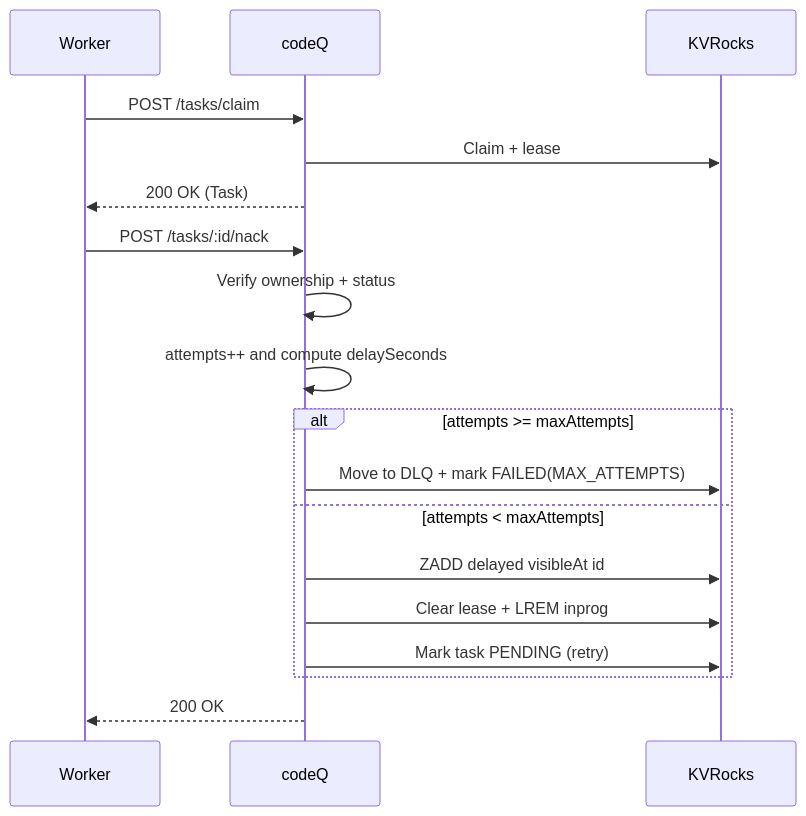
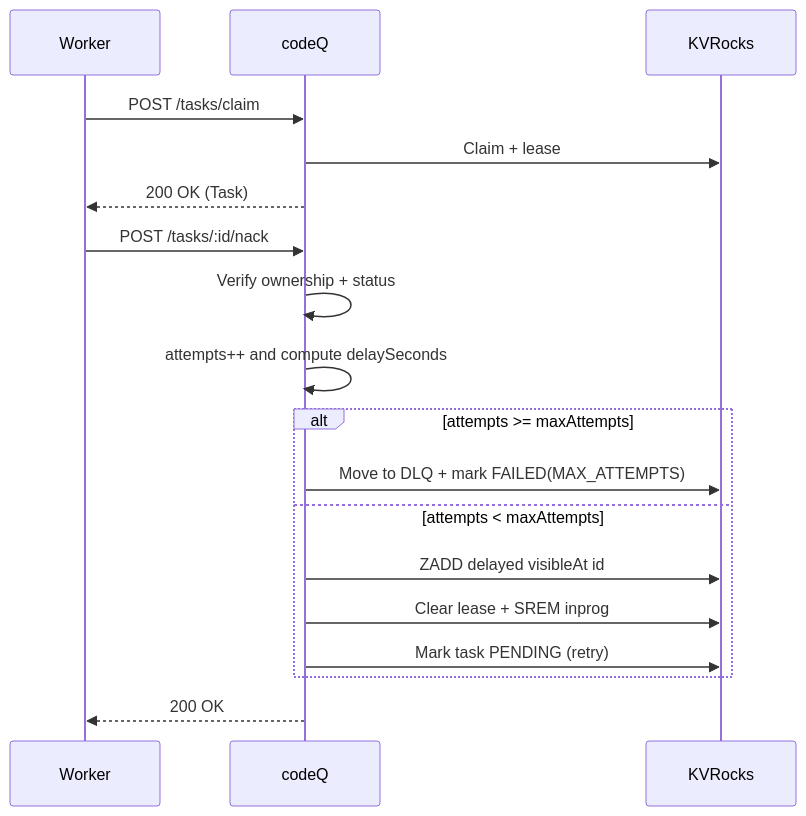
Before and after one commit to osvaldoandrade/codeq: the diagram in wiki/Use-Cases-NACK-Retry-Backoff.md, drawn with Mermaid. The commit also changed 23 other files, not shown here.

````diff
--- a/wiki/Use-Cases-NACK-Retry-Backoff.md
+++ b/wiki/Use-Cases-NACK-Retry-Backoff.md
@@ -22,22 +22,22 @@
 ```mermaid
 sequenceDiagram
   participant W as Worker
   participant Q as codeQ
   participant K as KVRocks
 
   W->>Q: POST /tasks/claim
   Q->>K: Claim + lease
   Q-->>W: 200 OK (Task)
 
   W->>Q: POST /tasks/:id/nack
   Q->>Q: Verify ownership + status
   Q->>Q: attempts++ and compute delaySeconds
   alt attempts >= maxAttempts
     Q->>K: Move to DLQ + mark FAILED(MAX_ATTEMPTS)
-  else attempts < maxAttempts
-    Q->>K: ZADD delayed visibleAt id
-    Q->>K: Clear lease + LREM inprog
-    Q->>K: Mark task PENDING (retry)
-  end
-  Q-->>W: 200 OK
+	  else attempts < maxAttempts
+	    Q->>K: ZADD delayed visibleAt id
+	    Q->>K: Clear lease + SREM inprog
+	    Q->>K: Mark task PENDING (retry)
+	  end
+	  Q-->>W: 200 OK
 ```
````
